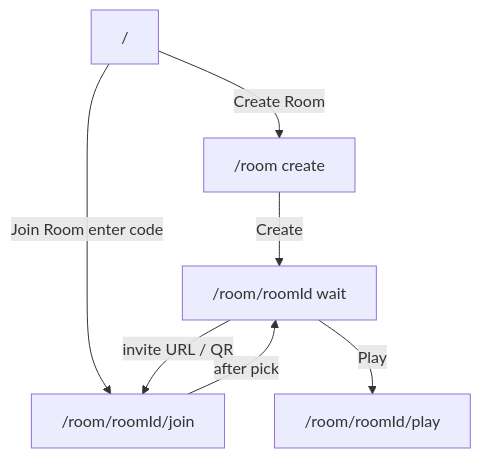
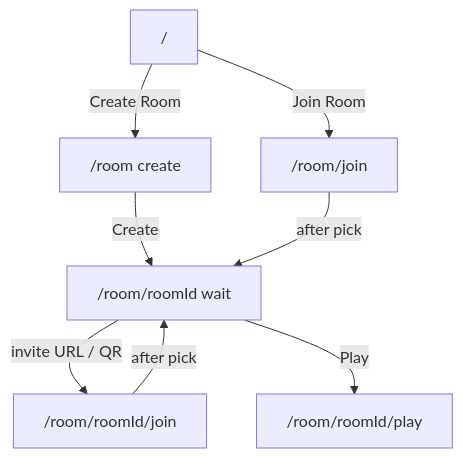
One commit to MaxiGarcia13/conter-strai changed the diagram in specs/us-7/design.md. Above: the diagram before and after it, drawn with Mermaid. The commit also changed other lines of this file and 8 other files, not shown here.

Commit message:
feat: Update routing and UI for Join Room functionality, introducing dedicated join page and form for room ID entry

````diff
--- a/specs/us-7/design.md
+++ b/specs/us-7/design.md
@@ -9,15 +9,17 @@
 ```mermaid
 flowchart TD
   Landing["/"]
   Create["/room create"]
+  JoinEntry["/room/join"]
   Wait["/room/roomId wait"]
   Join["/room/roomId/join"]
   Play["/room/roomId/play"]
 
   Landing -->|"Create Room"| Create
-  Landing -->|"Join Room enter code"| Join
+  Landing -->|"Join Room"| JoinEntry
   Create -->|"Create"| Wait
+  JoinEntry -->|"after pick"| Wait
   Join -->|"after pick"| Wait
   Wait -->|"invite URL / QR"| Join
   Wait -->|"Play"| Play
 ```
````
